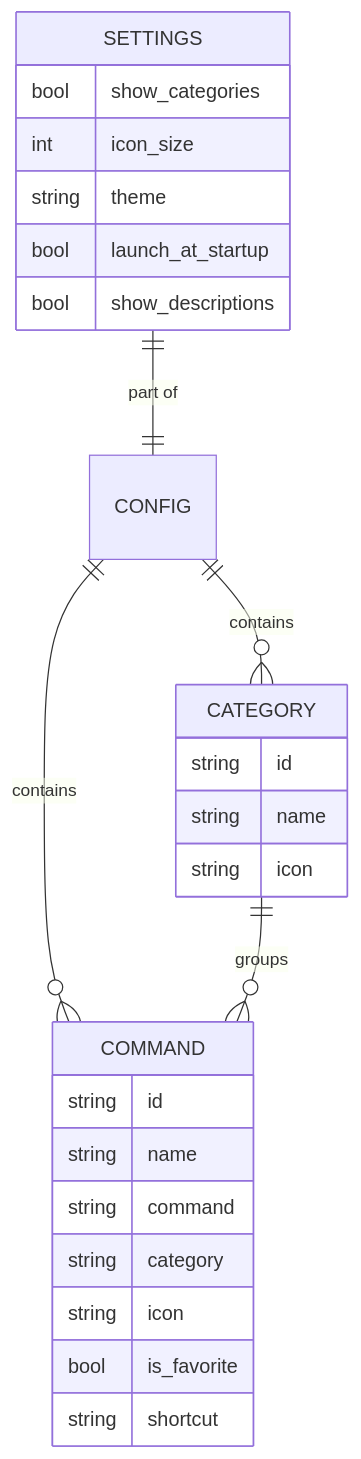
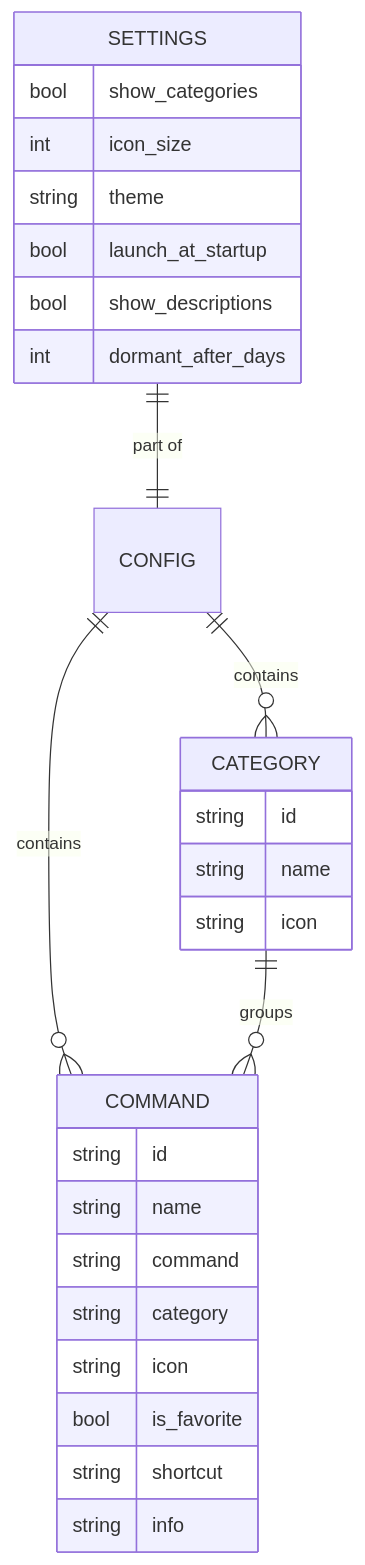
The diagram in aidd_docs/memory/database.md (RebelliousSmile/DevToolBox), drawn with Mermaid before and after one commit. The commit also changed other lines of this file and 24 other files, not shown here.

````diff
--- a/aidd_docs/memory/database.md
+++ b/aidd_docs/memory/database.md
@@ -11,29 +11,31 @@
 ```mermaid
 erDiagram
     SETTINGS ||--|| CONFIG : "part of"
     CONFIG ||--o{ CATEGORY : contains
     CONFIG ||--o{ COMMAND : contains
     CATEGORY ||--o{ COMMAND : groups
 
     SETTINGS {
         bool show_categories
         int icon_size
         string theme
         bool launch_at_startup
         bool show_descriptions
+        int dormant_after_days
     }
     CATEGORY {
         string id
         string name
         string icon
     }
     COMMAND {
         string id
         string name
         string command
         string category
         string icon
         bool is_favorite
         string shortcut
+        string info
     }
 ```
````
